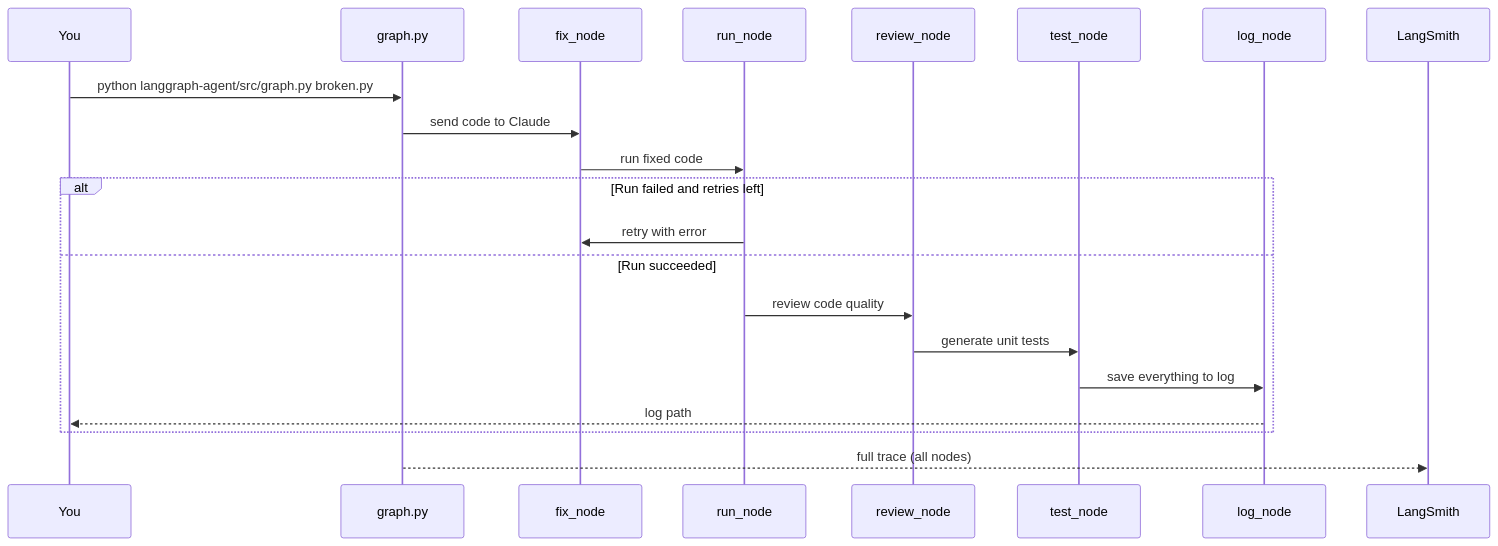
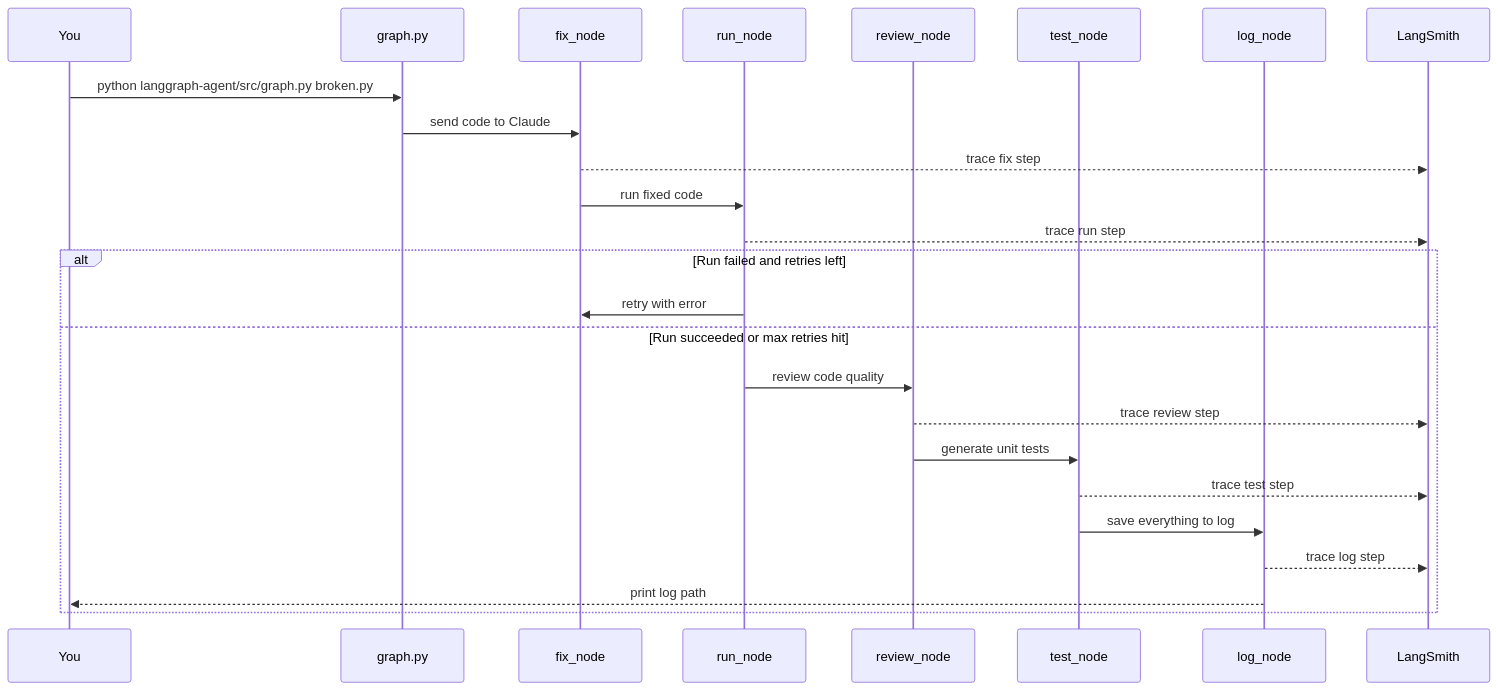
Before and after one commit to chiranjivi9/python-script-doctor: the second of 3 diagrams in README.md, drawn with Mermaid.

Commit message:
Update sequence diagram in README.md

````diff
--- a/README.md
+++ b/README.md
@@ -75,26 +75,29 @@
 ```mermaid
 sequenceDiagram
     participant You
     participant graph.py
     participant fix_node
     participant run_node
     participant review_node
     participant test_node
     participant log_node
     participant LangSmith
 
     You->>graph.py: python langgraph-agent/src/graph.py broken.py
     graph.py->>fix_node: send code to Claude
+    fix_node-->>LangSmith: trace fix step
     fix_node->>run_node: run fixed code
+    run_node-->>LangSmith: trace run step
 
     alt Run failed and retries left
         run_node->>fix_node: retry with error
-    else Run succeeded
+    else Run succeeded or max retries hit
         run_node->>review_node: review code quality
+        review_node-->>LangSmith: trace review step
         review_node->>test_node: generate unit tests
+        test_node-->>LangSmith: trace test step
         test_node->>log_node: save everything to log
-        log_node-->>You: log path
+        log_node-->>LangSmith: trace log step
+        log_node-->>You: print log path
     end
-
-    graph.py-->>LangSmith: full trace (all nodes)
 ```
````
